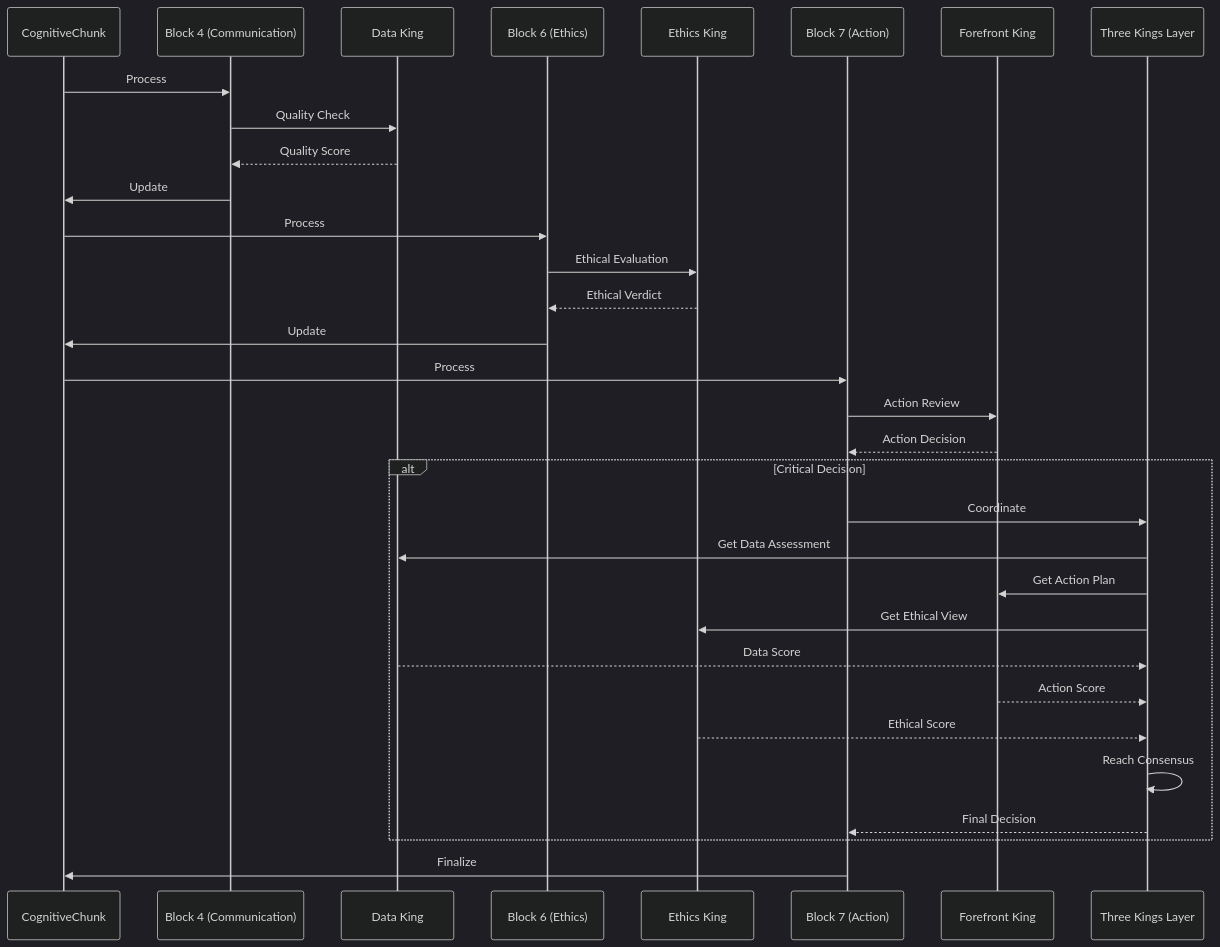
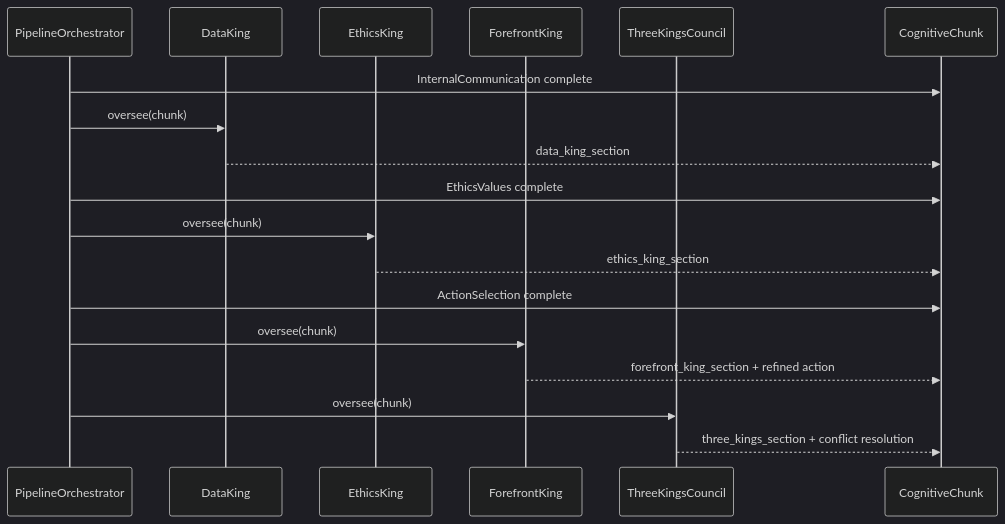
The fifth of 7 diagrams in docs/architecture.md (Captainkoopa42/Verdant-Minds), drawn with Mermaid (dark theme) before and after one commit. The commit also changed other lines of this file, not shown here.

Commit message:
docs: refresh architecture manual for v3 runtime

````diff
--- a/docs/architecture.md
+++ b/docs/architecture.md
@@ -452,39 +598,23 @@
 ```mermaid
 sequenceDiagram
-    participant Chunk as CognitiveChunk
-    participant B4 as Block 4 (Communication)
-    participant DK as Data King
-    participant B6 as Block 6 (Ethics)
-    participant EK as Ethics King
-    participant B7 as Block 7 (Action)
-    participant FK as Forefront King
-    participant TKL as Three Kings Layer
+    participant PO as PipelineOrchestrator
+    participant DK as DataKing
+    participant EK as EthicsKing
+    participant FK as ForefrontKing
+    participant TC as ThreeKingsCouncil
+    participant CH as CognitiveChunk
 
-    Chunk->>B4: Process
-    B4->>DK: Quality Check
-    DK-->>B4: Quality Score
-    B4->>Chunk: Update
+    PO->>CH: InternalCommunication complete
+    PO->>DK: oversee(chunk)
+    DK-->>CH: data_king_section
 
-    Chunk->>B6: Process
-    B6->>EK: Ethical Evaluation
-    EK-->>B6: Ethical Verdict
-    B6->>Chunk: Update
+    PO->>CH: EthicsValues complete
+    PO->>EK: oversee(chunk)
+    EK-->>CH: ethics_king_section
 
-    Chunk->>B7: Process
-    B7->>FK: Action Review
-    FK-->>B7: Action Decision
-
-    alt Critical Decision
-        B7->>TKL: Coordinate
-        TKL->>DK: Get Data Assessment
-        TKL->>FK: Get Action Plan
-        TKL->>EK: Get Ethical View
-        DK-->>TKL: Data Score
-        FK-->>TKL: Action Score
-        EK-->>TKL: Ethical Score
-        TKL->>TKL: Reach Consensus
-        TKL-->>B7: Final Decision
-    end
-
-    B7->>Chunk: Finalize
+    PO->>CH: ActionSelection complete
+    PO->>FK: oversee(chunk)
+    FK-->>CH: forefront_king_section + refined action
+    PO->>TC: oversee(chunk)
+    TC-->>CH: three_kings_section + conflict resolution
 ```
````
